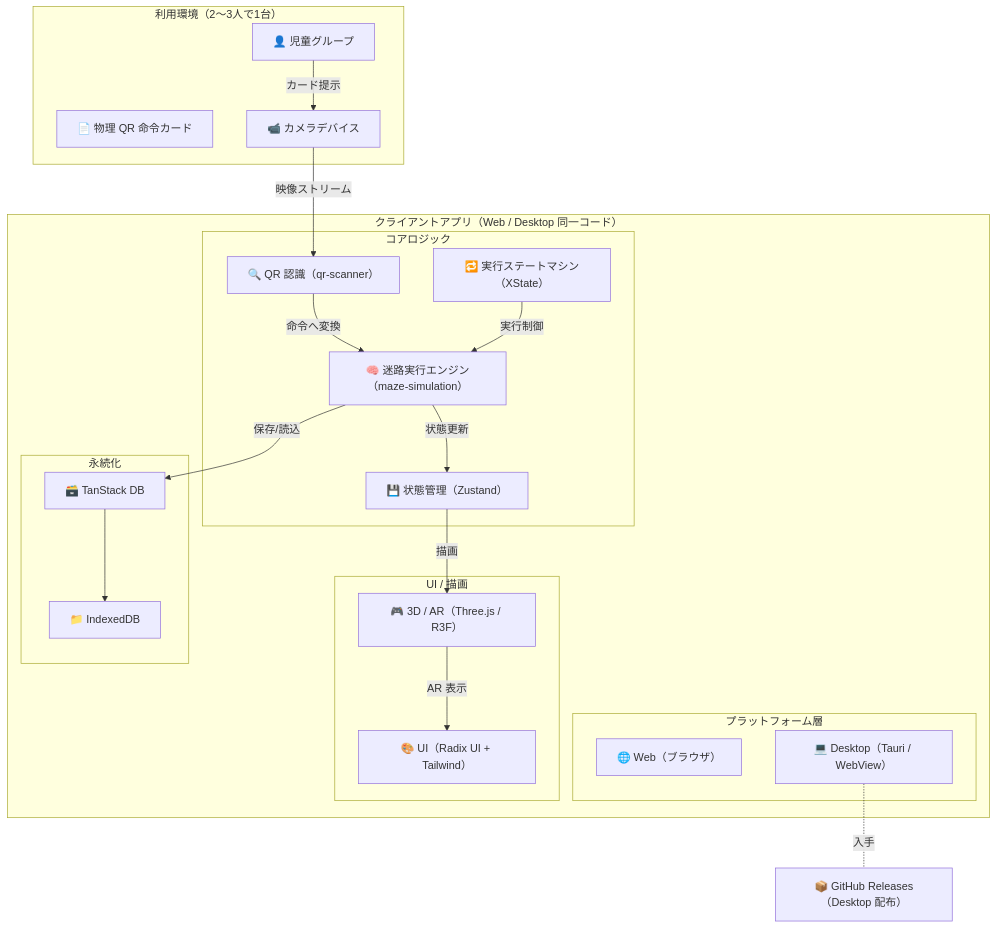
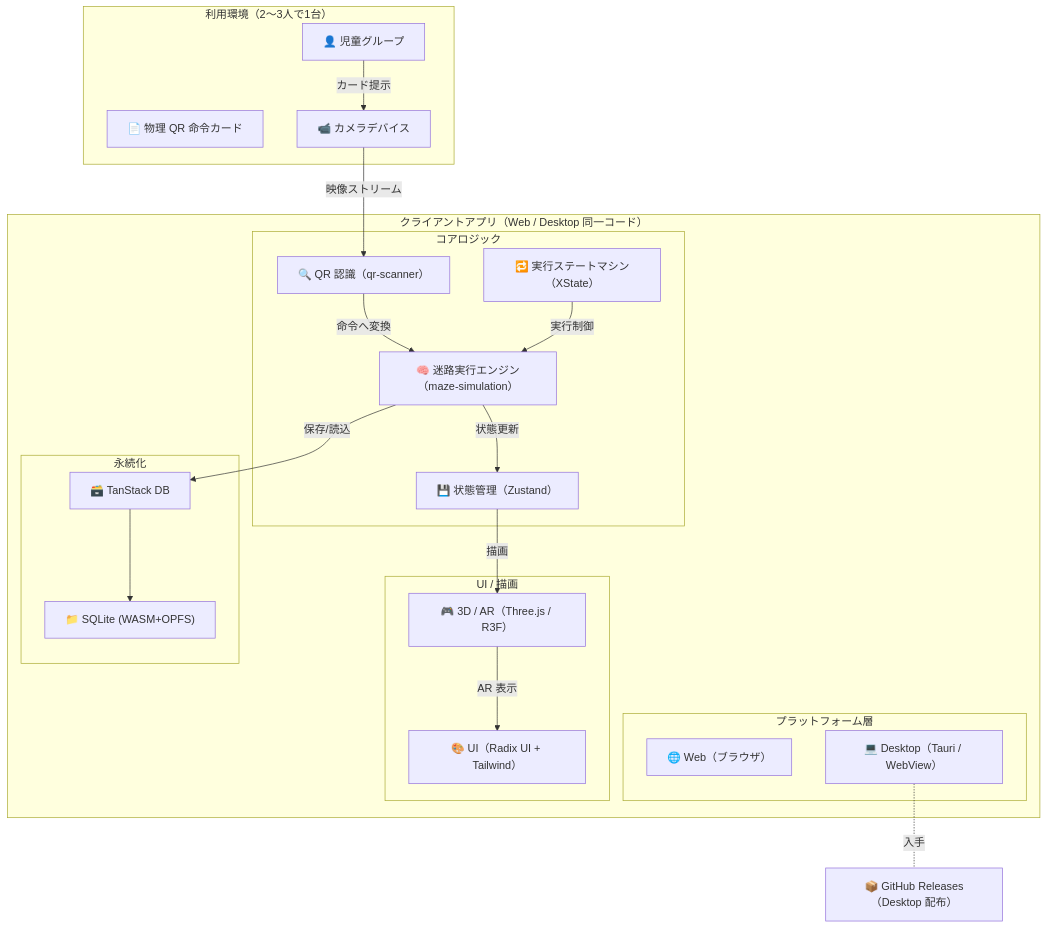
One commit to katsudon08/prog-path changed the first of 3 diagrams in docs/architecture.md. Above: the diagram before and after it, drawn with Mermaid. The commit also changed other lines of this file and 24 other files, not shown here.

First line of the commit message:
feat(shared/db): 迷路・フォルダの永続化層(TanStack DB × SQLite/OPFS)を実装 (#179) (#232)

````diff
--- a/docs/architecture.md
+++ b/docs/architecture.md
@@ -18,45 +18,45 @@
 ```mermaid
 graph TB
     subgraph User["利用環境（2〜3人で1台）"]
         Child["👤 児童グループ"]
         QRCards["📄 物理 QR 命令カード"]
         Camera["📹 カメラデバイス"]
     end
 
     subgraph App["クライアントアプリ（Web / Desktop 同一コード）"]
         subgraph Platform["プラットフォーム層"]
             Web["🌐 Web（ブラウザ）"]
             Desktop["💻 Desktop（Tauri / WebView）"]
         end
 
         subgraph Presentation["UI / 描画"]
             UI["🎨 UI（Radix UI + Tailwind）"]
             R3F["🎮 3D / AR（Three.js / R3F）"]
         end
 
         subgraph Core["コアロジック"]
             QR["🔍 QR 認識（qr-scanner）"]
             Sim["🧠 迷路実行エンジン（maze-simulation）"]
             FSM["🔁 実行ステートマシン（XState）"]
             State["💾 状態管理（Zustand）"]
         end
 
         subgraph Data["永続化"]
             TanStack["🗃️ TanStack DB"]
-            IDB["📁 IndexedDB"]
+            IDB["📁 SQLite (WASM+OPFS)"]
         end
     end
 
     Dist["📦 GitHub Releases（Desktop 配布）"]
 
     Child -->|カード提示| Camera
     Camera -->|映像ストリーム| QR
     QR -->|命令へ変換| Sim
     FSM -->|実行制御| Sim
     Sim -->|状態更新| State
     State -->|描画| R3F
     R3F -->|AR 表示| UI
     Sim -->|保存/読込| TanStack
     TanStack --> IDB
     Desktop -. 入手 .- Dist
 ```
````
